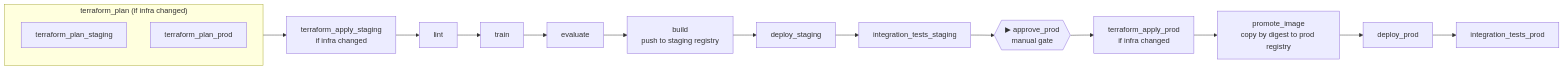
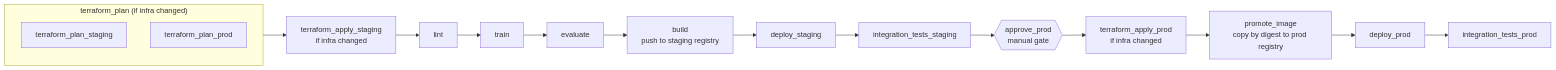
One commit to ghassenjridi8/end-to-end-mlops-pipeline-spam-classifier changed the second of 2 diagrams in README.md. Above: the diagram before and after it, drawn with Mermaid. The commit also changed other lines of this file and 2 other files, not shown here.

````diff
--- a/README.md
+++ b/README.md
@@ -52,14 +52,14 @@
 ```mermaid
 flowchart LR
     subgraph plan["terraform_plan (if infra changed)"]
         PS[terraform_plan_staging]
         PP[terraform_plan_prod]
     end
     plan --> AS[terraform_apply_staging<br/>if infra changed]
     AS --> L[lint] --> T[train] --> E[evaluate] --> B[build<br/>push to staging registry]
     B --> DS[deploy_staging] --> IS[integration_tests_staging]
-    IS --> G{{"▶ approve_prod<br/>manual gate"}}
+    IS --> G{{"approve_prod<br/>manual gate"}}
     G --> AP[terraform_apply_prod<br/>if infra changed]
     AP --> PR[promote_image<br/>copy by digest to prod registry]
     PR --> DP[deploy_prod] --> IP[integration_tests_prod]
 ```
````
